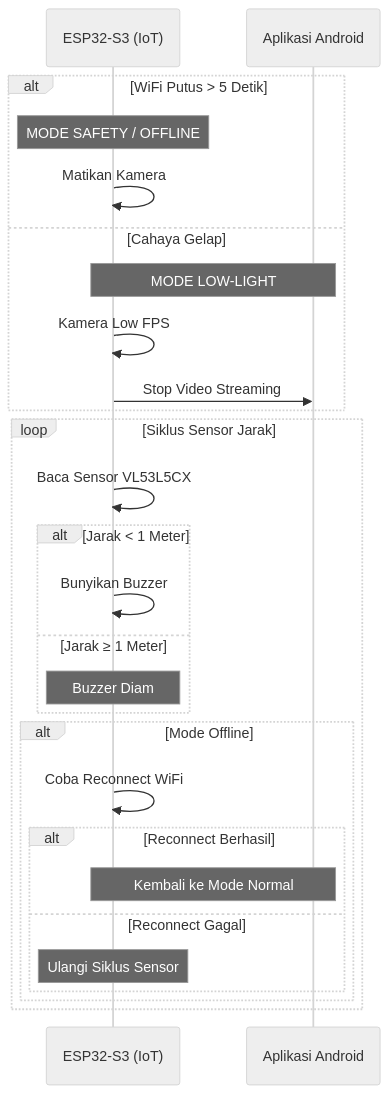
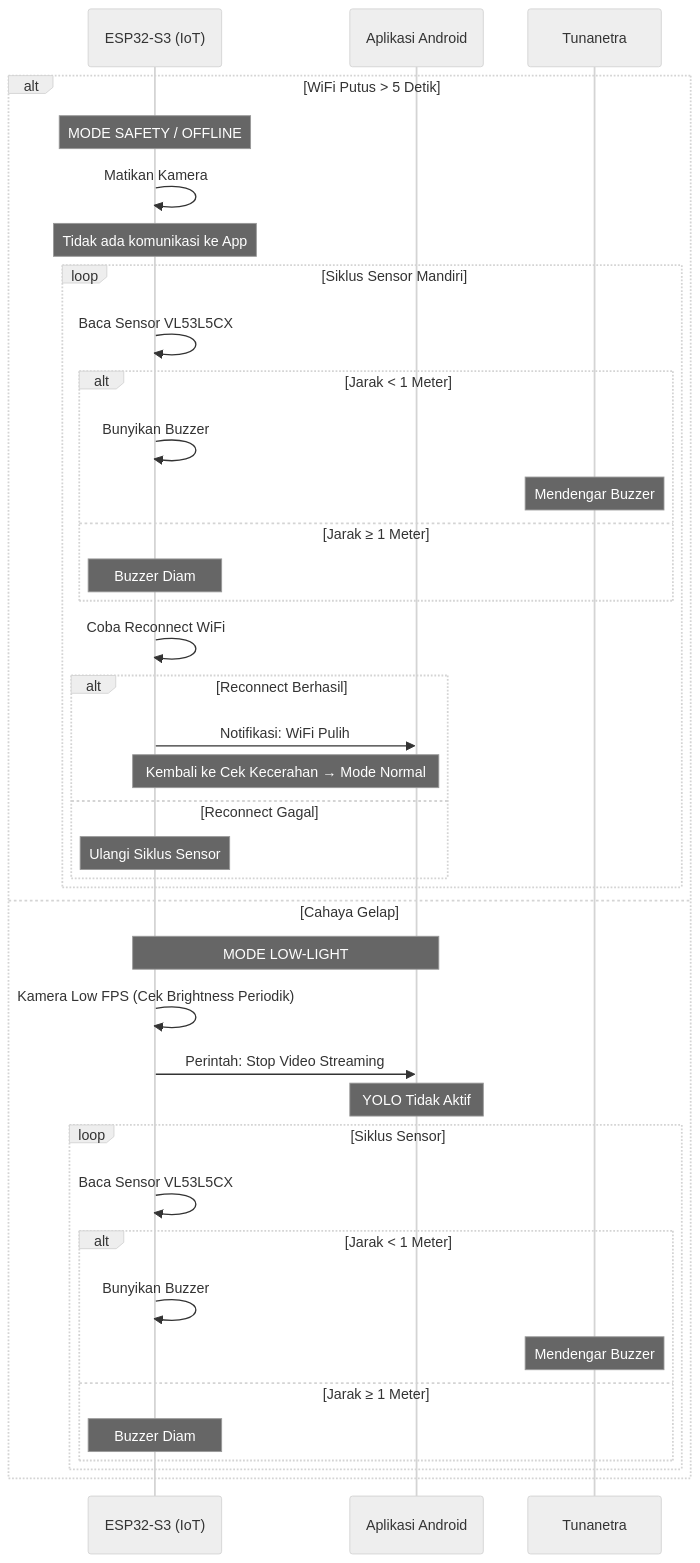
Before and after one commit to aan-andiyanaS/draf: the fifth of 5 diagrams in sequence-diagram.md, drawn with Mermaid (neutral theme). The commit also changed other lines of this file and 3 other files, not shown here.

Commit message:
restruktur all diagram

````diff
--- a/sequence-diagram.md
+++ b/sequence-diagram.md
@@ -202,33 +367,48 @@
 ```mermaid
 sequenceDiagram
     participant IoT as ESP32-S3 (IoT)
     participant App as Aplikasi Android
+    participant TN as Tunanetra
 
     alt WiFi Putus > 5 Detik
         Note over IoT: MODE SAFETY / OFFLINE
         IoT->>IoT: Matikan Kamera
-    else Cahaya Gelap
-        Note over IoT, App: MODE LOW-LIGHT
-        IoT->>IoT: Kamera Low FPS
-        IoT->>App: Stop Video Streaming
-    end
+        Note over IoT: Tidak ada komunikasi ke App
 
-    loop Siklus Sensor Jarak
-        IoT->>IoT: Baca Sensor VL53L5CX
+        loop Siklus Sensor Mandiri
+            IoT->>IoT: Baca Sensor VL53L5CX
 
-        alt Jarak < 1 Meter
-            IoT->>IoT: Bunyikan Buzzer
-        else Jarak ≥ 1 Meter
-            Note over IoT: Buzzer Diam
-        end
+            alt Jarak < 1 Meter
+                IoT->>IoT: Bunyikan Buzzer
+                Note over TN: Mendengar Buzzer
+            else Jarak ≥ 1 Meter
+                Note over IoT: Buzzer Diam
+            end
 
-        alt Mode Offline
             IoT->>IoT: Coba Reconnect WiFi
             alt Reconnect Berhasil
-                Note over IoT, App: Kembali ke Mode Normal
+                IoT->>App: Notifikasi: WiFi Pulih
+                Note over IoT, App: Kembali ke Cek Kecerahan → Mode Normal
             else Reconnect Gagal
                 Note over IoT: Ulangi Siklus Sensor
             end
         end
+
+    else Cahaya Gelap
+        Note over IoT, App: MODE LOW-LIGHT
+        IoT->>IoT: Kamera Low FPS (Cek Brightness Periodik)
+        IoT->>App: Perintah: Stop Video Streaming
+        Note over App: YOLO Tidak Aktif
+
+        loop Siklus Sensor
+            IoT->>IoT: Baca Sensor VL53L5CX
+
+            alt Jarak < 1 Meter
+                IoT->>IoT: Bunyikan Buzzer
+                Note over TN: Mendengar Buzzer
+            else Jarak ≥ 1 Meter
+                Note over IoT: Buzzer Diam
+            end
+        end
     end
 ```
````
